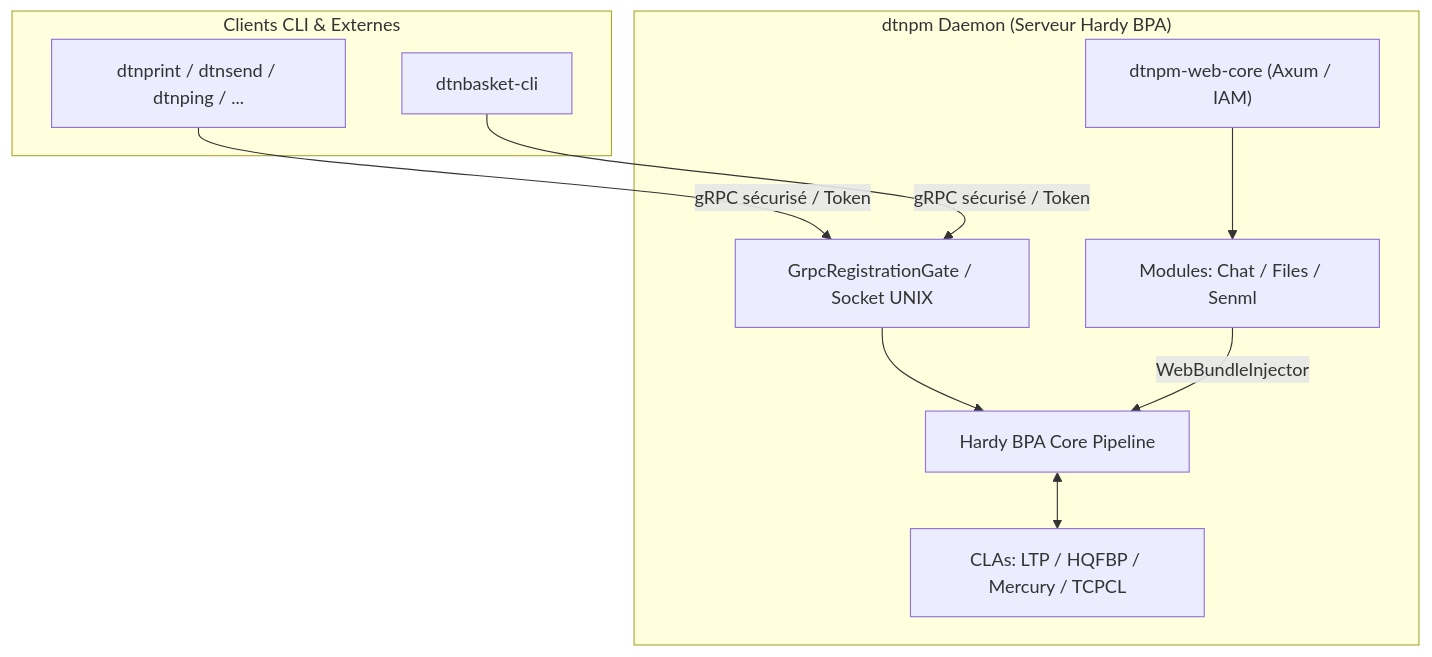
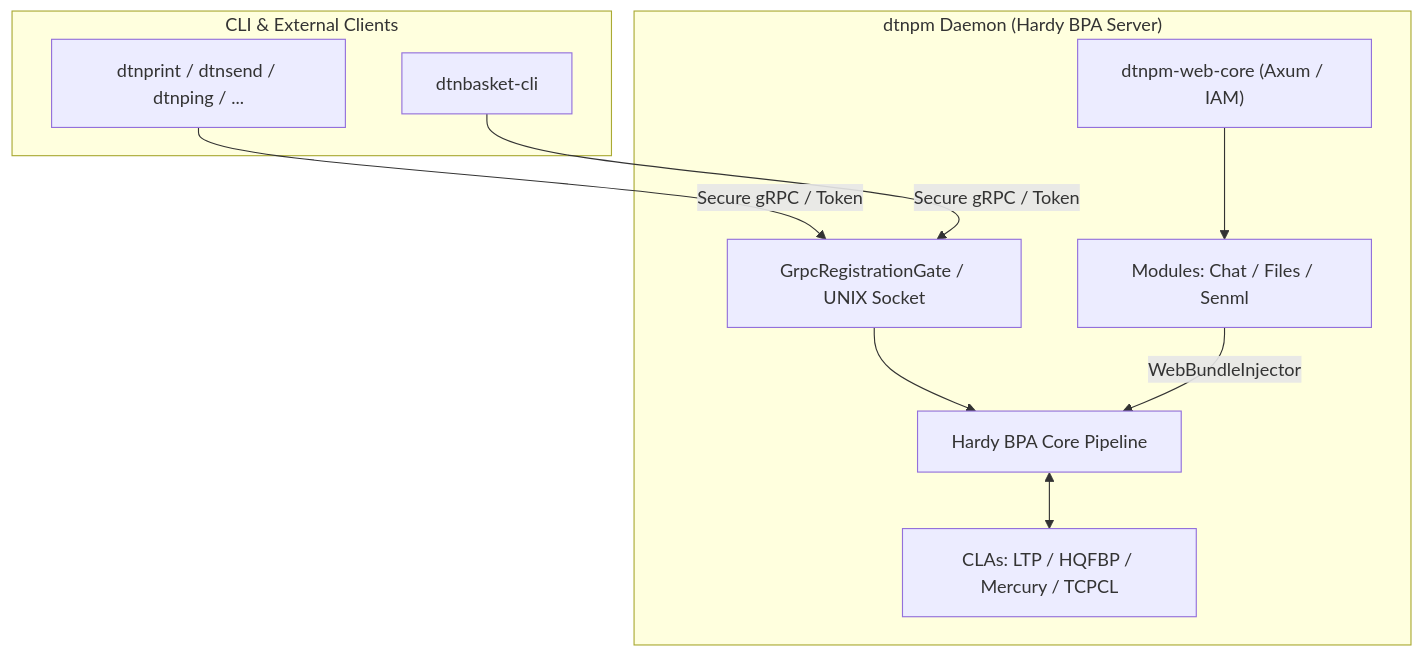
One commit to DTN-Postmaster/dtnpm changed the diagram in agent_docs/architecture.md. Above: the diagram before and after it, drawn with Mermaid. The commit also changed other lines of this file and 13 other files, not shown here.

````diff
--- a/agent_docs/architecture.md
+++ b/agent_docs/architecture.md
@@ -16,22 +16,22 @@
 ```mermaid
 graph TD
-    subgraph Clients["Clients CLI & Externes"]
+    subgraph Clients["CLI & External Clients"]
         CLI["dtnprint / dtnsend / dtnping / ..."]
         Basket["dtnbasket-cli"]
     end
 
-    subgraph Daemon["dtnpm Daemon (Serveur Hardy BPA)"]
-        Gate["GrpcRegistrationGate / Socket UNIX"]
+    subgraph Daemon["dtnpm Daemon (Hardy BPA Server)"]
+        Gate["GrpcRegistrationGate / UNIX Socket"]
         BPA["Hardy BPA Core Pipeline"]
         WebCore["dtnpm-web-core (Axum / IAM)"]
         Modules["Modules: Chat / Files / Senml"]
         CLAs["CLAs: LTP / HQFBP / Mercury / TCPCL"]
     end
 
-    CLI -->|gRPC sécurisé / Token| Gate
-    Basket -->|gRPC sécurisé / Token| Gate
+    CLI -->|Secure gRPC / Token| Gate
+    Basket -->|Secure gRPC / Token| Gate
     Gate --> BPA
     WebCore --> Modules
     Modules -->|WebBundleInjector| BPA
     BPA <--> CLAs
 ```
````
